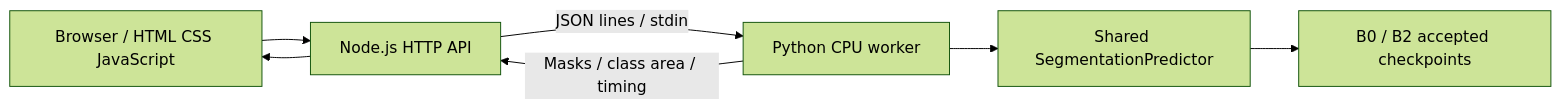
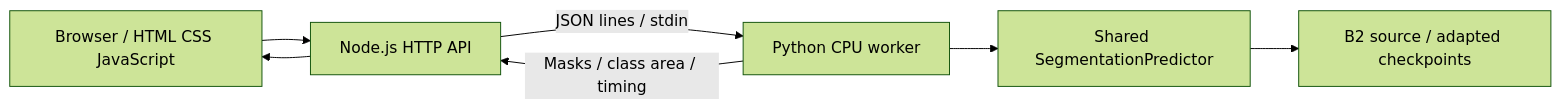
One commit to MinhToan1001/adverse-weather-segmentation changed the diagram in web/README.md. Above: the diagram before and after it, drawn with Mermaid (forest theme). The commit also changed other lines of this file and 44 other files, not shown here.

````diff
--- a/web/README.md
+++ b/web/README.md
@@ -5,9 +5,9 @@
 ```mermaid
 flowchart LR
     UI[Browser / HTML CSS JavaScript] --> API[Node.js HTTP API]
     API -->|JSON lines / stdin| W[Python CPU worker]
     W --> I[Shared SegmentationPredictor]
-    I --> M[B0 / B2 accepted checkpoints]
+    I --> M[B2 source / adapted checkpoints]
     W -->|Masks / class area / timing| API
     API --> UI
 ```
````
